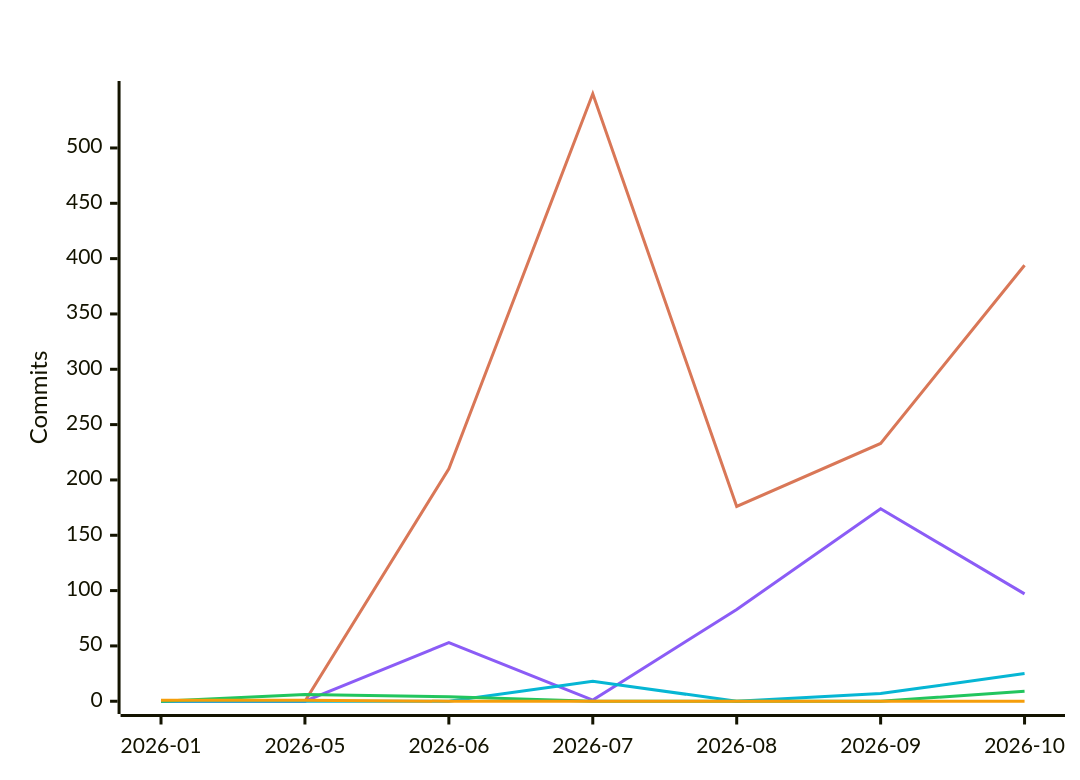
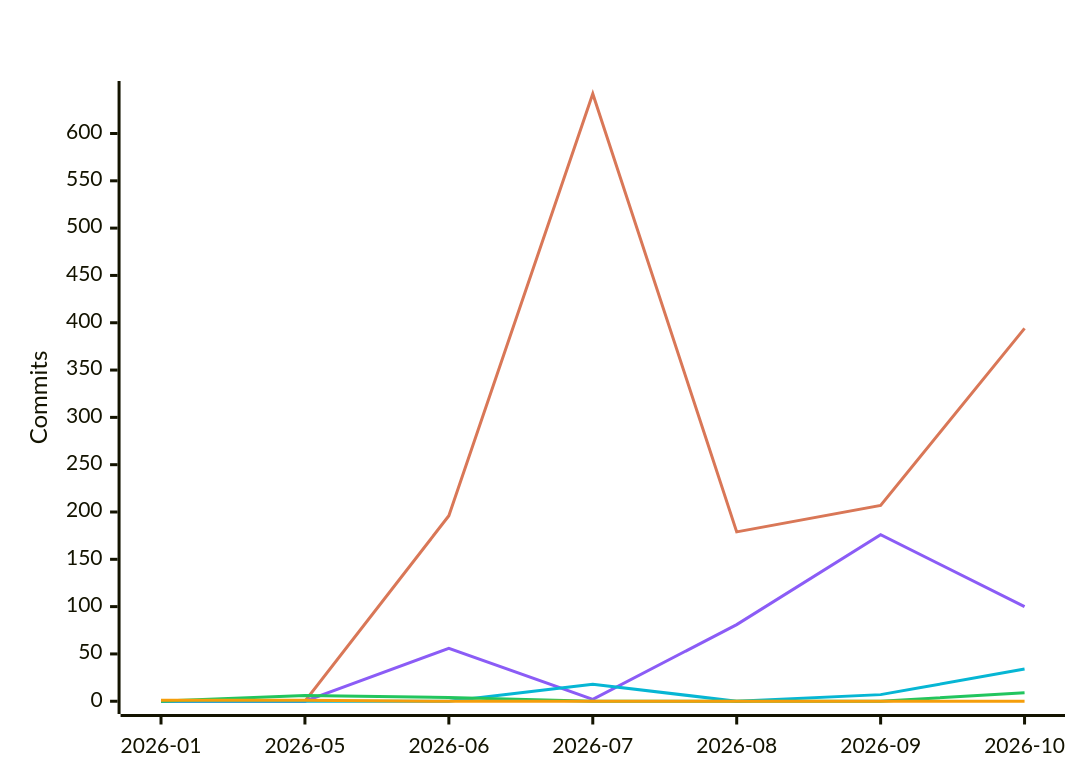
Before and after one commit to polo-nyan/polo-nyan: the fifth of 7 diagrams in README.md, drawn with Mermaid. The commit also changed other lines of this file and 1 other file, not shown here.

````diff
--- a/README.md
+++ b/README.md
@@ -313,12 +313,12 @@
 ```mermaid
 %%{init: {"xyChart": {"titleColor": "#ffffff", "xAxisLabelColor": "#ffffff", "yAxisLabelColor": "#ffffff"}, "themeVariables": {"xyChart": {"titleColor": "#ffffff", "plotColorPalette": "#d97757, #8b5cf6, #06b6d4, #22c55e, #f59e0b, #ec4899"}}}}%%
 xychart-beta
     title "Commits Per Month by Model Family"
     x-axis ["2026-01", "2026-05", "2026-06", "2026-07", "2026-08", "2026-09", "2026-10"]
     y-axis "Commits"
-    line [0, 0, 210, 549, 176, 233, 394]
-    line [0, 0, 53, 1, 83, 174, 97]
-    line [0, 0, 0, 18, 0, 7, 25]
+    line [0, 0, 196, 642, 179, 207, 394]
+    line [0, 0, 56, 2, 81, 176, 100]
+    line [0, 0, 0, 18, 0, 7, 34]
     line [0, 6, 4, 0, 0, 0, 9]
     line [1, 1, 0, 0, 0, 0, 0]
 ```
````
